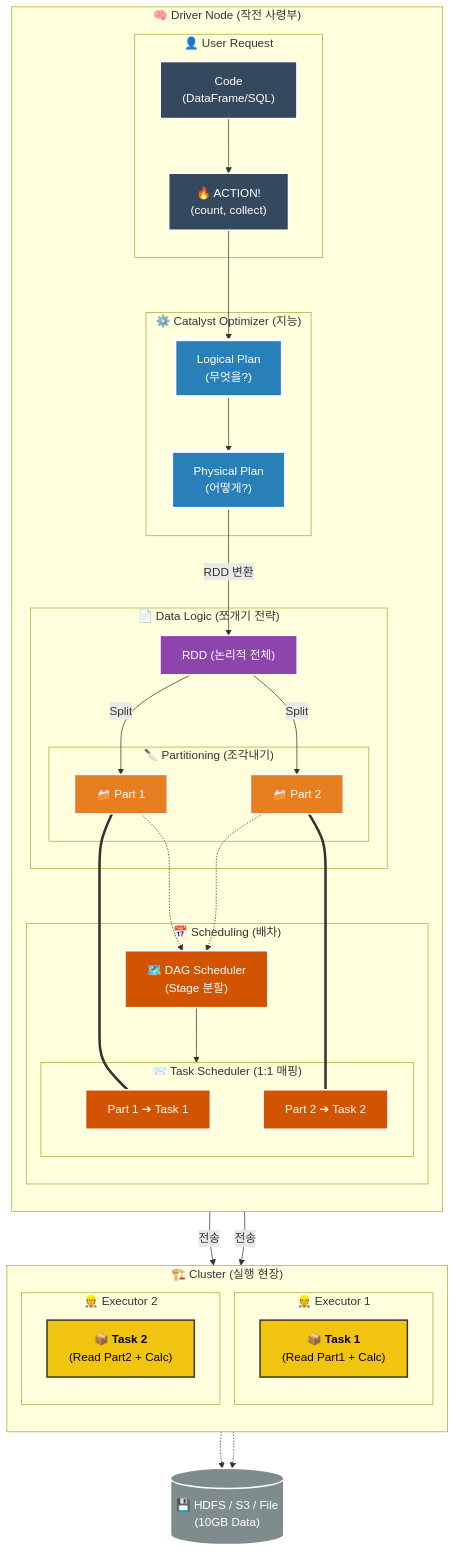
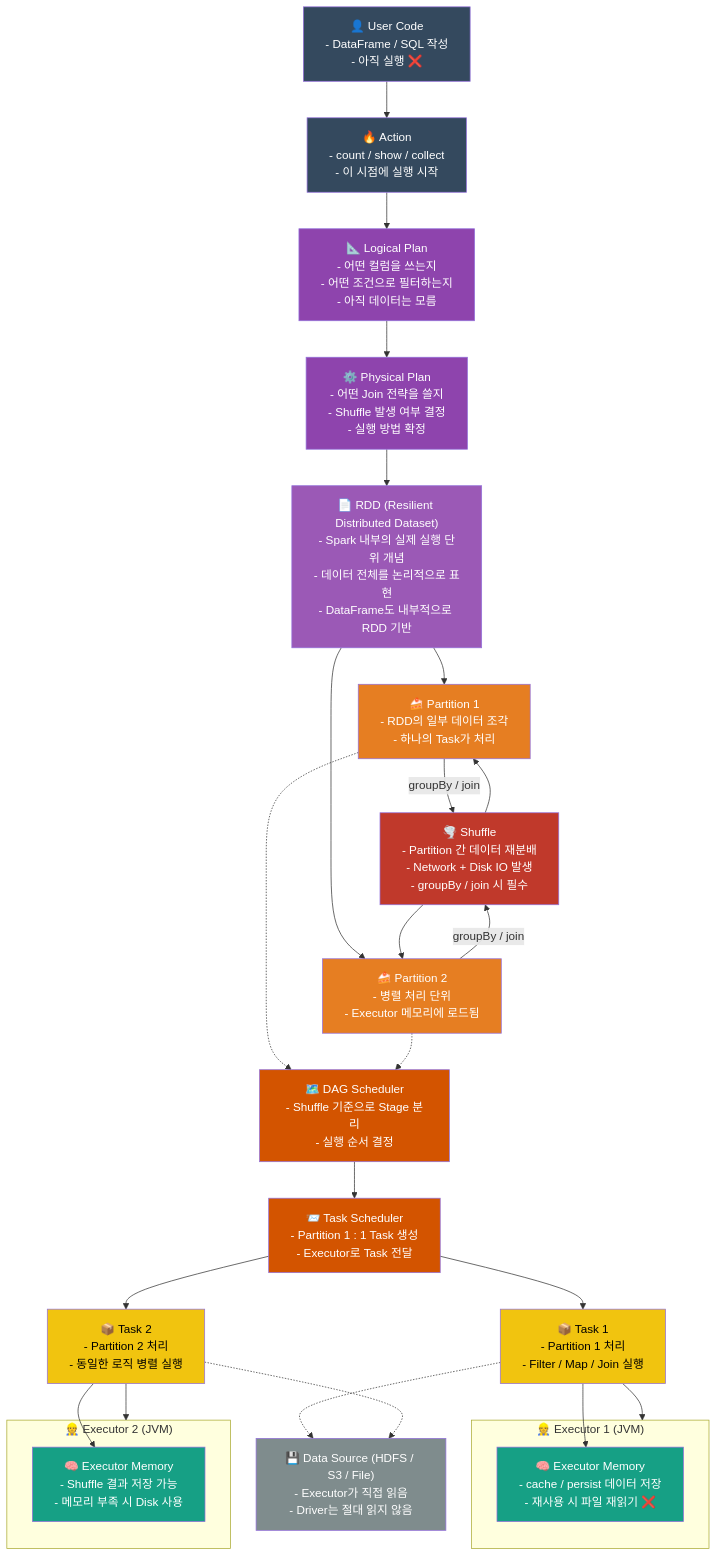
Before and after one commit to hgim96715-lgtm/gong_home: the diagram in 20_Wiki/22_Data_Processing/Spark/01_Spark_Master_Map.md, drawn with Mermaid. The commit also changed 6 other files, not shown here.

````diff
--- a/20_Wiki/22_Data_Processing/Spark/01_Spark_Master_Map.md
+++ b/20_Wiki/22_Data_Processing/Spark/01_Spark_Master_Map.md
@@ -6,104 +6,103 @@
 ```mermaid
 graph TD
     %% ==========================================
-    %% 🎨 스타일 정의 (시각적 구분)
+    %% 🎨 스타일 정의 (역할 구분)
     %% ==========================================
-    classDef user fill:#34495e,stroke:#fff,stroke-width:2px,color:#fff;
-    classDef brain fill:#2980b9,stroke:#fff,stroke-width:4px,color:#fff;
-    classDef logic fill:#8e44ad,stroke:#fff,stroke-width:2px,color:#fff;
-    classDef partition fill:#e67e22,stroke:#fff,stroke-width:2px,color:#fff;
-    classDef scheduler fill:#d35400,stroke:#fff,stroke-width:2px,color:#fff;
-    classDef task fill:#f1c40f,stroke:#333,stroke-width:2px,color:#000;
-    classDef worker fill:#27ae60,stroke:#fff,stroke-width:4px,color:#fff;
-    classDef data fill:#7f8c8d,stroke:#fff,stroke-width:2px,color:#fff;
+    classDef user fill:#34495e,color:#fff;
+    classDef brain fill:#2980b9,color:#fff;
+    classDef plan fill:#8e44ad,color:#fff;
+    classDef rdd fill:#9b59b6,color:#fff;
+    classDef partition fill:#e67e22,color:#fff;
+    classDef scheduler fill:#d35400,color:#fff;
+    classDef task fill:#f1c40f,color:#000;
+    classDef exec fill:#27ae60,color:#fff;
+    classDef memory fill:#16a085,color:#fff;
+    classDef data fill:#7f8c8d,color:#fff;
+    classDef shuffle fill:#c0392b,color:#fff;
 
     %% ==========================================
-    %% 1. DRIVER NODE (두뇌 & 계획 & 분배)
+    %% 1. 사용자
     %% ==========================================
-    subgraph Driver ["🧠 Driver Node (작전 사령부)"]
-        direction TB
+    Code["👤 User Code<br/>- DataFrame / SQL 작성<br/>- 아직 실행 ❌"]:::user
+    Action["🔥 Action<br/>- count / show / collect<br/>- 이 시점에 실행 시작"]:::user
 
-        %% 1-1. 사용자 요청
-        subgraph UserLayer ["👤 User Request"]
-            Code["Code<br/>(DataFrame/SQL)"]:::user
-            Action["🔥 ACTION!<br/>(count, collect)"]:::user
-        end
+    %% ==========================================
+    %% 2. Driver & Catalyst
+    %% ==========================================
+    LogPlan["📐 Logical Plan<br/>- 어떤 컬럼을 쓰는지<br/>- 어떤 조건으로 필터하는지<br/>- 아직 데이터는 모름"]:::plan
 
-        %% 1-2. 두뇌 (최적화)
-        subgraph Catalyst ["⚙️ Catalyst Optimizer (지능)"]
-            LogPlan["Logical Plan<br/>(무엇을?)"]:::brain
-            PhyPlan["Physical Plan<br/>(어떻게?)"]:::brain
-        end
+    PhyPlan["⚙️ Physical Plan<br/>- 어떤 Join 전략을 쓸지<br/>- Shuffle 발생 여부 결정<br/>- 실행 방법 확정"]:::plan
 
-        %% 1-3. RDD & 파티션 로직 (여기가 합쳐진 핵심!)
-        subgraph DataLogic ["📄 Data Logic (쪼개기 전략)"]
-            RDD["RDD (논리적 전체)"]:::logic
-            
-            subgraph Partitions ["🔪 Partitioning (조각내기)"]
-                P1["🍰 Part 1"]:::partition
-                P2["🍰 Part 2"]:::partition
-            end
-        end
+    %% ==========================================
+    %% 3. RDD (핵심 개념)
+    %% ==========================================
+    RDD["📄 RDD (Resilient Distributed Dataset)<br/>- Spark 내부의 실제 실행 단위 개념<br/>- 데이터 전체를 논리적으로 표현<br/>- DataFrame도 내부적으로 RDD 기반"]:::rdd
 
-        %% 1-4. 스케줄링 (배송)
-        subgraph SchedulerLayer ["📅 Scheduling (배차)"]
-            DAG["🗺️ DAG Scheduler<br/>(Stage 분할)"]:::scheduler
-            
-            subgraph TaskSched ["📨 Task Scheduler (1:1 매핑)"]
-                Map1["Part 1 ➔ Task 1"]:::scheduler
-                Map2["Part 2 ➔ Task 2"]:::scheduler
-            end
-        end
+    %% ==========================================
+    %% 4. Partition
+    %% ==========================================
+    P1["🍰 Partition 1<br/>- RDD의 일부 데이터 조각<br/>- 하나의 Task가 처리"]:::partition
+    P2["🍰 Partition 2<br/>- 병렬 처리 단위<br/>- Executor 메모리에 로드됨"]:::partition
+
+    %% ==========================================
+    %% 5. Scheduler
+    %% ==========================================
+    DAG["🗺️ DAG Scheduler<br/>- Shuffle 기준으로 Stage 분리<br/>- 실행 순서 결정"]:::scheduler
+
+    TaskSched["📨 Task Scheduler<br/>- Partition 1 : 1 Task 생성<br/>- Executor로 Task 전달"]:::scheduler
+
+    %% ==========================================
+    %% 6. Task
+    %% ==========================================
+    T1["📦 Task 1<br/>- Partition 1 처리<br/>- Filter / Map / Join 실행"]:::task
+    T2["📦 Task 2<br/>- Partition 2 처리<br/>- 동일한 로직 병렬 실행"]:::task
+
+    %% ==========================================
+    %% 7. Executor & Memory
+    %% ==========================================
+    subgraph Exec1 ["👷 Executor 1 (JVM)"]
+        Mem1["🧠 Executor Memory<br/>- cache / persist 데이터 저장<br/>- 재사용 시 파일 재읽기 ❌"]:::memory
+    end
+
+    subgraph Exec2 ["👷 Executor 2 (JVM)"]
+        Mem2["🧠 Executor Memory<br/>- Shuffle 결과 저장 가능<br/>- 메모리 부족 시 Disk 사용"]:::memory
     end
 
     %% ==========================================
-    %% 2. CLUSTER / WORKERS (실행 현장)
+    %% 8. Shuffle
     %% ==========================================
-    subgraph Cluster ["🏗️ Cluster (실행 현장)"]
-        direction TB
-
-        %% Executor 1
-        subgraph Exec1 ["👷 Executor 1"]
-            T1["📦 <b>Task 1</b><br/>(Read Part1 + Calc)"]:::task
-        end
-
-        %% Executor 2
-        subgraph Exec2 ["👷 Executor 2"]
-            T2["📦 <b>Task 2</b><br/>(Read Part2 + Calc)"]:::task
-        end
-    end
+    Shuffle["🌪️ Shuffle<br/>- Partition 간 데이터 재분배<br/>- Network + Disk IO 발생<br/>- groupBy / join 시 필수"]:::shuffle
 
     %% ==========================================
-    %% 3. DATA SOURCE (저장소)
+    %% 9. Data Source
     %% ==========================================
-    File[("💾 HDFS / S3 / File<br/>(10GB Data)")]:::data
+    File["💾 Data Source (HDFS / S3 / File)<br/>- Executor가 직접 읽음<br/>- Driver는 절대 읽지 않음"]:::data
 
     %% ==========================================
-    %% 🔗 연결 흐름 (Flow)
+    %% 🔗 흐름
     %% ==========================================
-    
-    %% 1. 코드 -> 최적화
     Code --> Action --> LogPlan --> PhyPlan
-    
-    %% 2. 최적화 -> RDD 생성 -> 파티션 분할
-    PhyPlan -- "RDD 변환" --> RDD
-    RDD -- "Split" --> P1
-    RDD -- "Split" --> P2
-    
-    %% 3. 파티션 정보를 DAG Scheduler가 참조
+    PhyPlan --> RDD
+    RDD --> P1
+    RDD --> P2
+
     P1 -.-> DAG
     P2 -.-> DAG
     DAG --> TaskSched
-    
-    %% 4. Task Scheduler가 파티션을 Task로 포장 (1:1)
-    P1 === Map1
-    P2 === Map2
-    
-    %% 5. Task 배송 (Executor로)
-    Map1 -- "전송" --> Exec1
-    Map2 -- "전송" --> Exec2
-    
-    %% 6. 실제 데이터 읽기 (Task가 직접 함)
+
+    TaskSched --> T1 --> Exec1
+    TaskSched --> T2 --> Exec2
+
+    P1 -- groupBy / join --> Shuffle
+    P2 -- groupBy / join --> Shuffle
+
+    Shuffle --> P1
+    Shuffle --> P2
+
     T1 -.-> File
     T2 -.-> File
+
+    T1 --> Mem1
+    T2 --> Mem2
+
 ```
````
